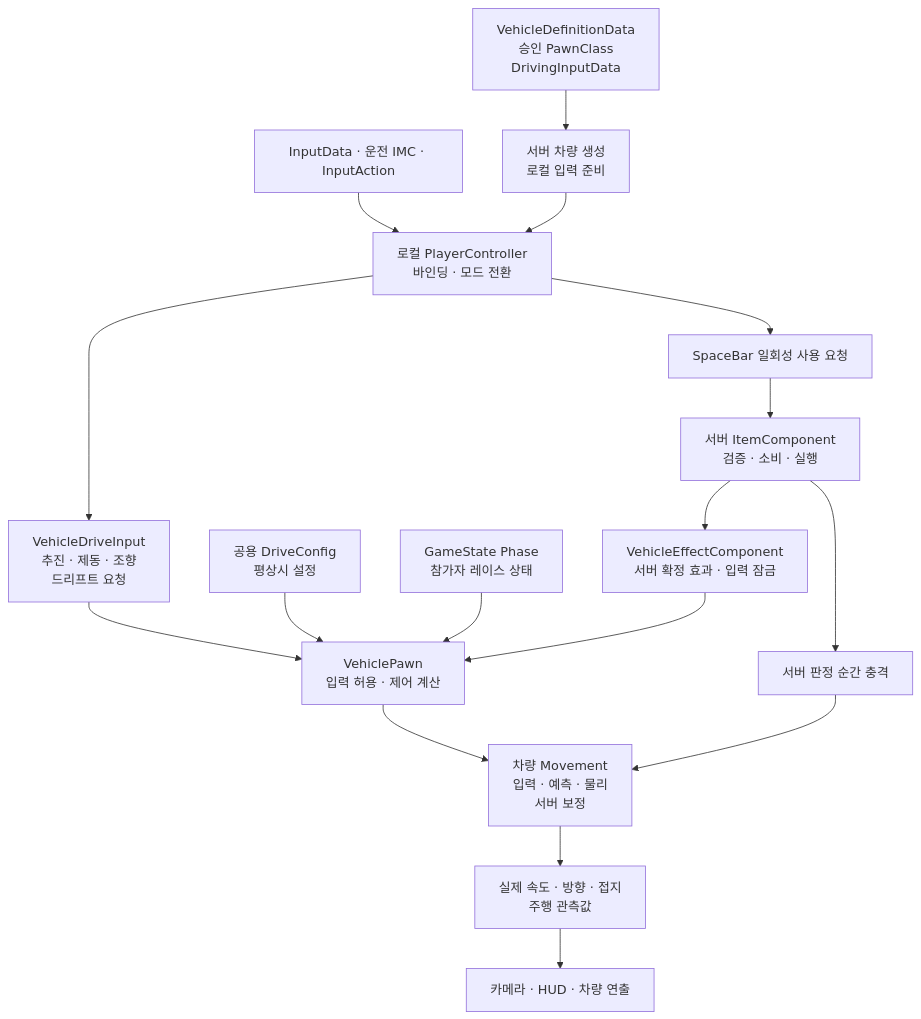
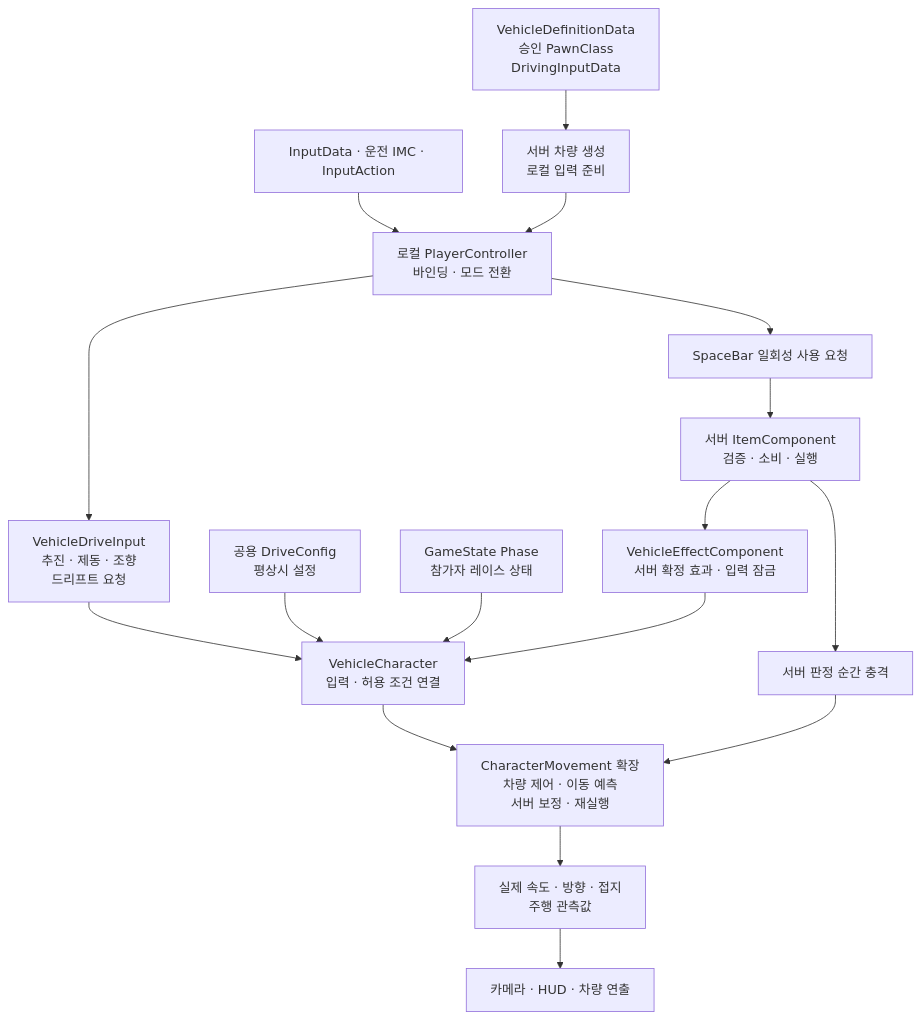
The first of 11 diagrams in Docs/Shared/Client,Server/07_차량_입력_이동_효과_설계.md (kevin6091/ProjectMW), drawn with Mermaid before and after one commit. The commit also changed other lines of this file and 5 other files, not shown here.

````diff
--- a/Docs/Shared/Client,Server/07_차량_입력_이동_효과_설계.md
+++ b/Docs/Shared/Client,Server/07_차량_입력_이동_효과_설계.md
@@ -35,19 +39,19 @@
 ```mermaid
 flowchart TD
     Def["VehicleDefinitionData<br/>승인 PawnClass<br/>DrivingInputData"] --> Spawn["서버 차량 생성<br/>로컬 입력 준비"]
     Data["InputData · 운전 IMC · InputAction"] --> PC["로컬 PlayerController<br/>바인딩 · 모드 전환"]
     Spawn --> PC
     PC --> Input["VehicleDriveInput<br/>추진 · 제동 · 조향<br/>드리프트 요청"]
-    Input --> Pawn["VehiclePawn<br/>입력 허용 · 제어 계산"]
+    Input --> Pawn["VehicleCharacter<br/>입력 · 허용 조건 연결"]
     Base["공용 DriveConfig<br/>평상시 설정"] --> Pawn
     GS["GameState Phase<br/>참가자 레이스 상태"] --> Pawn
     Effects["VehicleEffectComponent<br/>서버 확정 효과 · 입력 잠금"] --> Pawn
-    Pawn --> Move["차량 Movement<br/>입력 · 예측 · 물리<br/>서버 보정"]
+    Pawn --> Move["CharacterMovement 확장<br/>차량 제어 · 이동 예측<br/>서버 보정 · 재실행"]
     PC --> Request["SpaceBar 일회성 사용 요청"]
     Request --> Item["서버 ItemComponent<br/>검증 · 소비 · 실행"]
     Item --> Effects
     Item --> Hit["서버 판정 순간 충격"]
     Hit --> Move
     Move --> Observed["실제 속도 · 방향 · 접지<br/>주행 관측값"]
     Observed --> View["카메라 · HUD · 차량 연출"]
 ```
````
